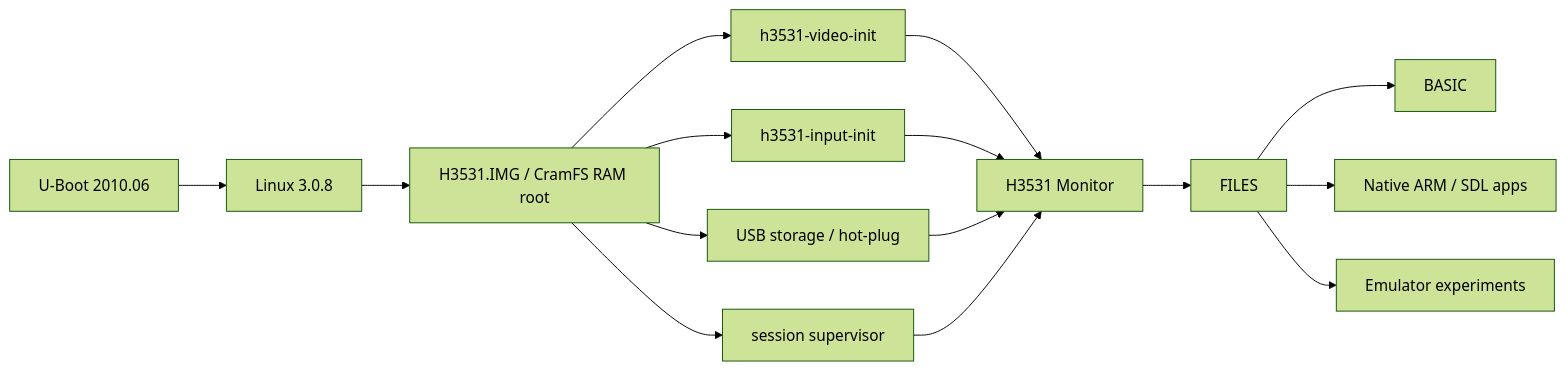
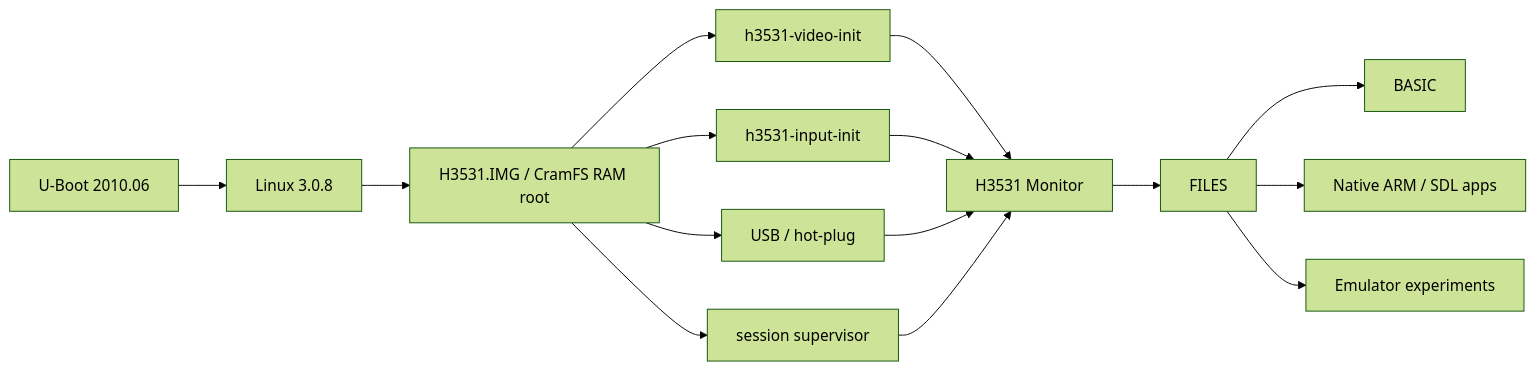
The diagram in README.md (irman100/H3531), drawn with Mermaid (forest theme) before and after one commit. The commit also changed other lines of this file and 28 other files, not shown here.

````diff
--- a/README.md
+++ b/README.md
@@ -55,17 +64,17 @@
 ```mermaid
 flowchart LR
     A[U-Boot 2010.06] --> B[Linux 3.0.8]
     B --> C[H3531.IMG / CramFS RAM root]
     C --> D[h3531-video-init]
     C --> E[h3531-input-init]
-    C --> F[USB storage / hot-plug]
+    C --> F[USB / hot-plug]
     C --> G[session supervisor]
     D --> H[H3531 Monitor]
     E --> H
     F --> H
     G --> H
     H --> I[FILES]
     I --> J[BASIC]
     I --> K[Native ARM / SDL apps]
     I --> L[Emulator experiments]
 ```
````
